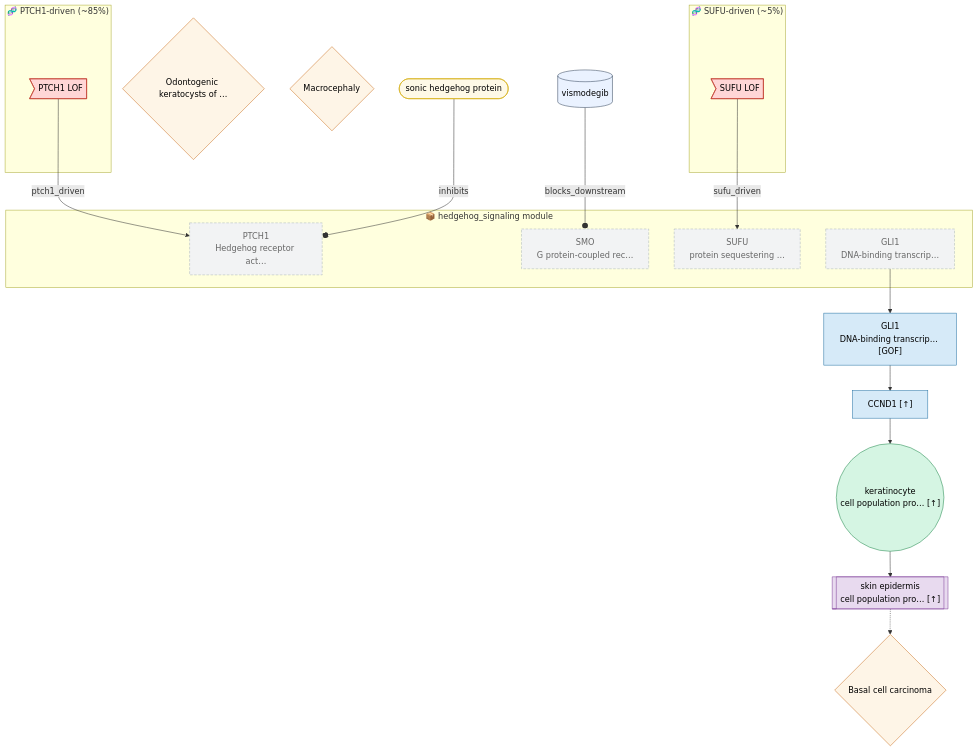
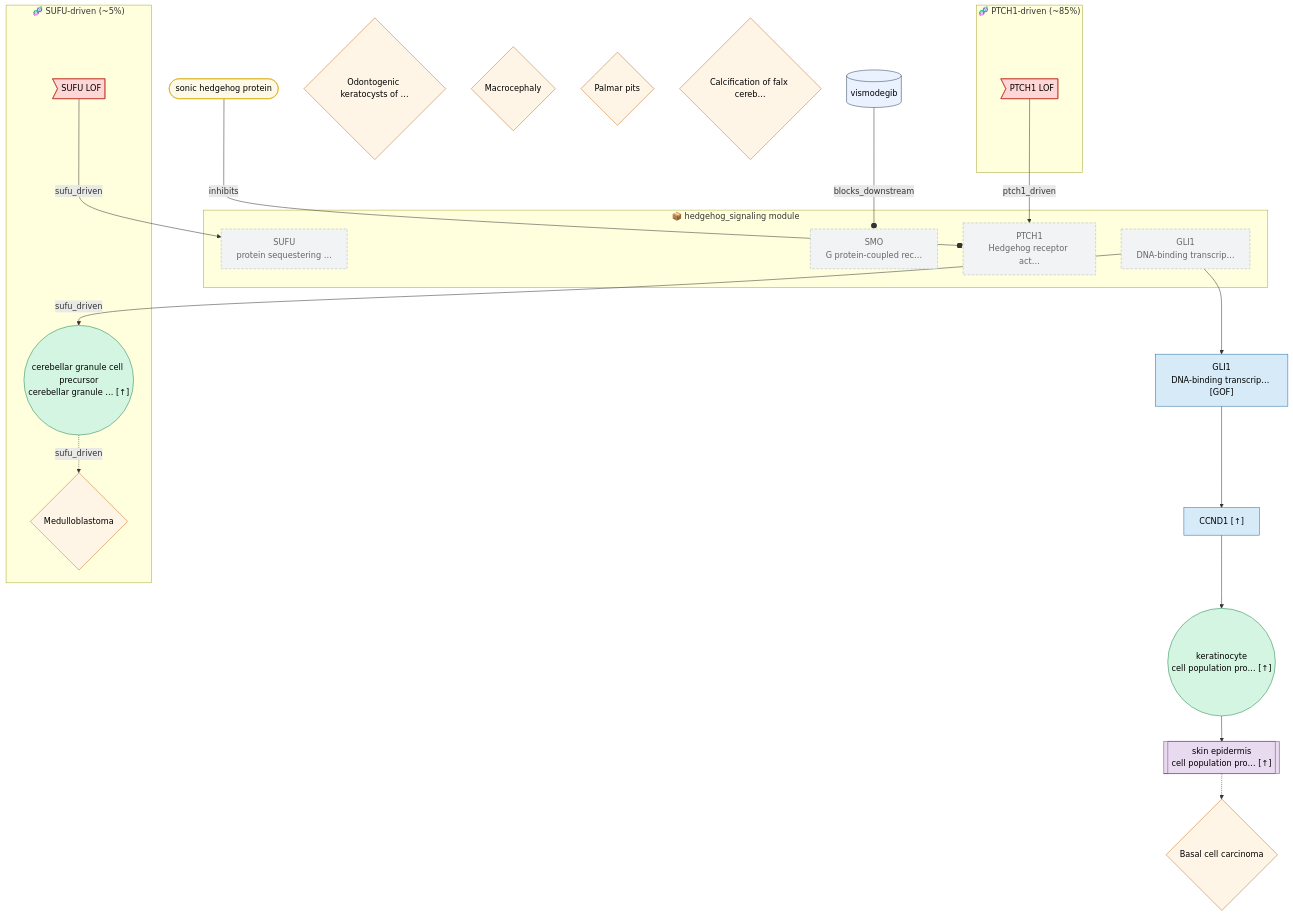
One commit to monarch-initiative/dismech changed the diagram in causal_models/viz/Gorlin_Syndrome.md. Above: the diagram before and after it, drawn with Mermaid. The commit also changed 3 other files, not shown here.

```diff
--- a/causal_models/viz/Gorlin_Syndrome.md
+++ b/causal_models/viz/Gorlin_Syndrome.md
@@ -49,6 +49,10 @@
     class odontogenic_keratocysts phenotype
     macrocephaly{"Macrocephaly"}
     class macrocephaly phenotype
+    palmar_pits{"Palmar pits"}
+    class palmar_pits phenotype
+    falx_calcification{"Calcification of falx cereb…"}
+    class falx_calcification phenotype
     vismodegib[("vismodegib")]
     class vismodegib modulator
 
@@ -60,6 +64,11 @@
     subgraph hyp_sufu_driven["🧬 SUFU-driven (~5%)"]
     sufu_lof>"SUFU LOF"]
     class sufu_lof variant
+    cerebellar_granule_precursor_proliferation(("cerebellar granule cell precursor
+cerebellar granule … [↑]"))
+    class cerebellar_granule_precursor_proliferation cellProcess
+    medulloblastoma{"Medulloblastoma"}
+    class medulloblastoma phenotype
     end
 
     %% Causal relations
@@ -70,6 +79,8 @@
     ccnd1_upregulation --> basal_keratinocyte_proliferation
     basal_keratinocyte_proliferation --> basal_cell_proliferation
     basal_cell_proliferation -.-> bcc
+    gli1_activation -- sufu_driven --> cerebellar_granule_precursor_proliferation
+    cerebellar_granule_precursor_proliferation -. sufu_driven .-> medulloblastoma
     sonic_hedgehog -- inhibits --o ptch1_inhibition
     vismodegib -- blocks_downstream --o smo_activity
 
```
